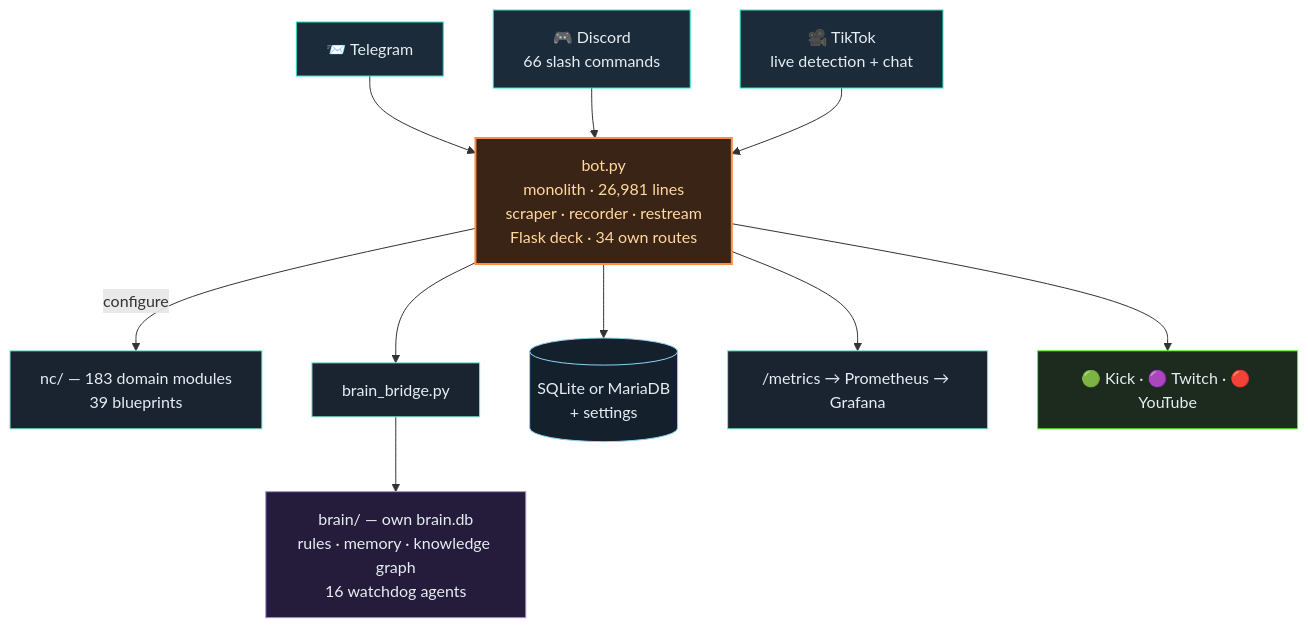
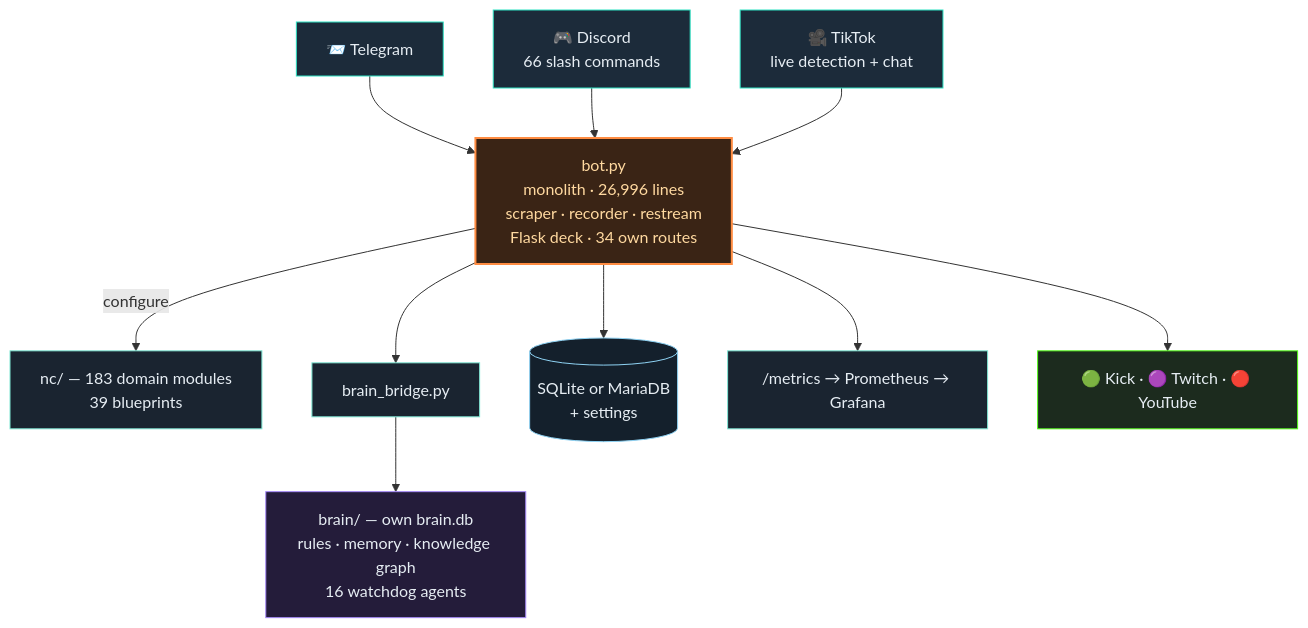
The second of 3 diagrams in README.en.md (itsamemedev/Telegram-Stream-Info-Bot), drawn with Mermaid before and after one commit. The commit also changed other lines of this file and 10 other files, not shown here.

````diff
--- a/README.en.md
+++ b/README.en.md
@@ -119,19 +119,19 @@
 ```mermaid
 flowchart TB
     TG["📨 Telegram"]:::ein --> BOT
     DC["🎮 Discord<br/>66 slash commands"]:::ein --> BOT
     TT["🎥 TikTok<br/>live detection + chat"]:::ein --> BOT
-    BOT["bot.py<br/>monolith · 26,981 lines<br/>scraper · recorder · restream<br/>Flask deck · 34 own routes"]:::core
+    BOT["bot.py<br/>monolith · 26,996 lines<br/>scraper · recorder · restream<br/>Flask deck · 34 own routes"]:::core
     BOT -->|configure| NC["nc/ — 183 domain modules<br/>39 blueprints"]:::lib
     BOT --> BR["brain_bridge.py"]:::lib
     BR --> BRAIN["brain/ — own brain.db<br/>rules · memory · knowledge graph<br/>16 watchdog agents"]:::brain
     BOT --> DB[("SQLite or MariaDB<br/>+ settings")]:::db
     BOT --> PROM["/metrics → Prometheus → Grafana"]:::lib
     BOT --> OUT["🟢 Kick · 🟣 Twitch · 🔴 YouTube"]:::out
     classDef ein fill:#1c2b3a,stroke:#2de1c2,color:#e6edf3
     classDef core fill:#3a2415,stroke:#ff8c42,stroke-width:2px,color:#ffd9a0
     classDef lib fill:#1a2430,stroke:#7fe7d4,color:#e6edf3
     classDef brain fill:#241c3a,stroke:#a78bfa,color:#e6edf3
     classDef db fill:#14202c,stroke:#8fd3f4,color:#e6edf3
     classDef out fill:#1c2b1e,stroke:#53fc18,color:#e6edf3
 ```
````
